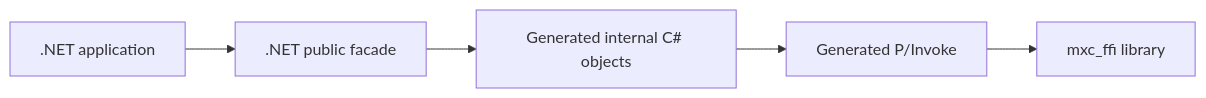
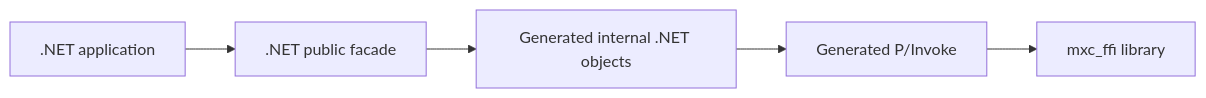
Before and after one commit to microsoft/mxc: the second of 3 diagrams in docs/designs/SDK/node-dotnet-sdk-generation.md, drawn with Mermaid. The commit also changed 2 other files, not shown here.

Commit message:
Clarify generated .NET diagram labels

Copilot-Session: d85d5c98-b282-40c2-9037-8df016a4919c

````diff
--- a/docs/designs/SDK/node-dotnet-sdk-generation.md
+++ b/docs/designs/SDK/node-dotnet-sdk-generation.md
@@ -45,7 +45,7 @@
 ```mermaid
 flowchart LR
     A[.NET application] --> F[.NET public facade]
-    F --> C[Generated internal C# objects]
+    F --> C[Generated internal .NET objects]
     C --> P[Generated P/Invoke]
     P --> L[mxc_ffi library]
 ```
````
